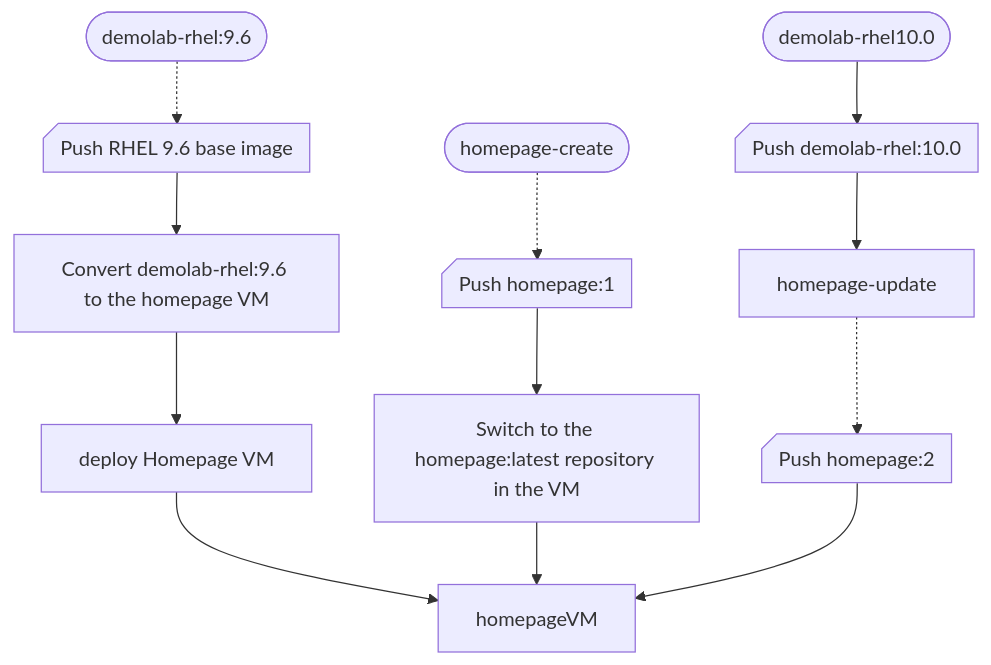
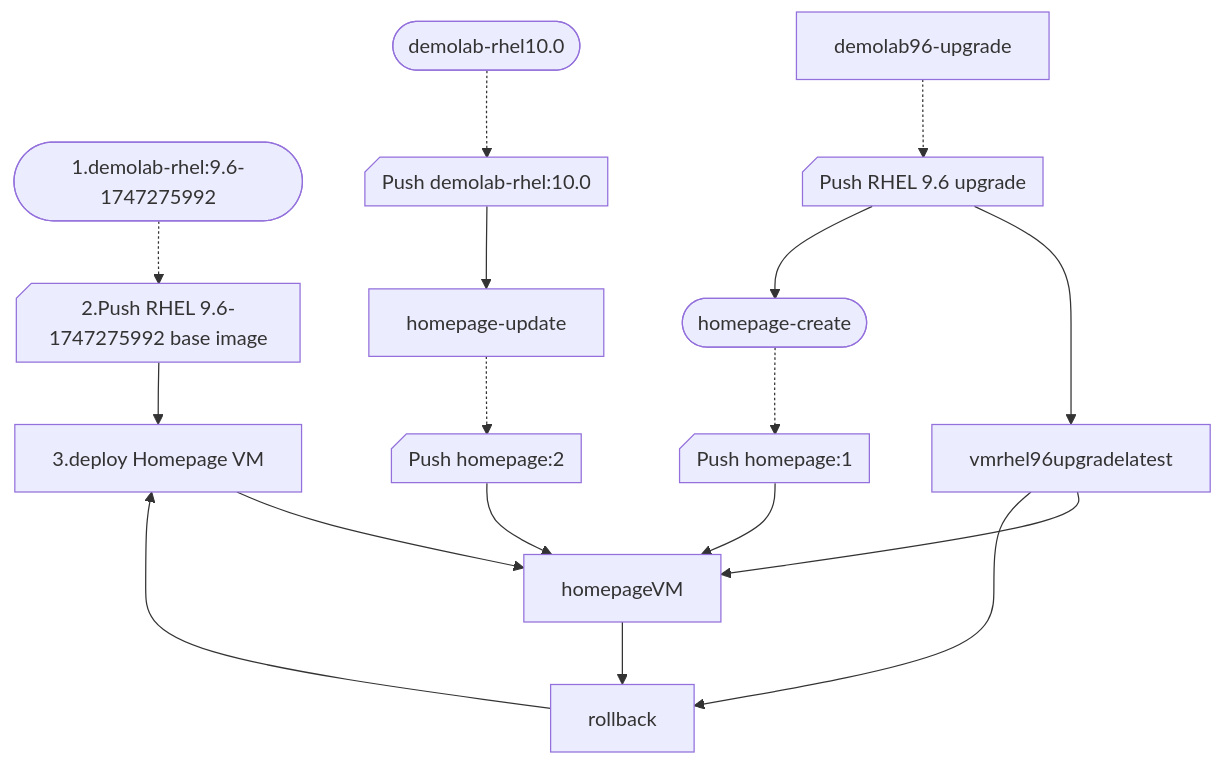
The first of 2 diagrams in README.md (jvdbreggen/imagemodedemo), drawn with Mermaid before and after one commit. The commit also changed other lines of this file, not shown here.

Commit message:
upgrade flow diagram, remove sequence diagram

````diff
--- a/README.md
+++ b/README.md
@@ -8,14 +8,21 @@
 ```mermaid
 graph TD;
-    demolab96([demolab-rhel:9.6])-.->pushrhel96@{ shape: notch-rect, label: "Push RHEL 9.6 base image" };
-    createqcow2[Convert demolab-rhel:9.6 to the homepage VM]-->homepagevm1;
-    pushrhel96-->createqcow2;
-    homepagevm1[deploy Homepage VM]-->homepageVM;
-    homepagecreate([homepage-create])-.->pushhomepagecreate@{ shape: notch-rect, label: "Push homepage:1" };
-    pushhomepagecreate-->switchhomepage[Switch to the homepage:latest repository in the VM]
-    switchhomepage--> homepageVM;
-    demolab10([demolab-rhel10.0])-->pushrhel10@{ shape: notch-rect, label: "Push demolab-rhel:10.0" };
+    demolab96([1.demolab-rhel:9.6-1747275992])-.->pushrhel96-1747275992@{ shape: notch-rect, label: "2.Push RHEL 9.6-1747275992 base image" }-->
+    homepagevm1[3.deploy Homepage VM]-->homepageVM;
+
+    demolab96-upgrade-.->pushrhel96-upgrade@{ shape: notch-rect, label: "Push RHEL 9.6 upgrade" };
+    pushrhel96-upgrade-->vmrhel96upgradelatest;
+    vmrhel96upgradelatest-->homepageVM;
+    vmrhel96upgradelatest-->rollback-->homepagevm1;
+    homepageVM-->rollback;
+
+    homepagecreate([homepage-create]);
+    pushrhel96-upgrade-->homepagecreate;
+    homepagecreate-.->pushhomepagecreate@{ shape: notch-rect, label: "Push homepage:1" };
+    pushhomepagecreate-->homepageVM;
+
+    demolab10([demolab-rhel10.0])-.->pushrhel10@{ shape: notch-rect, label: "Push demolab-rhel:10.0" };
     homepageupdate[homepage-update]-.->pushhomepageupdate@{ shape: notch-rect, label: "Push homepage:2" }
     pushrhel10-->homepageupdate;
     pushhomepageupdate-->homepageVM;
 ```
````
